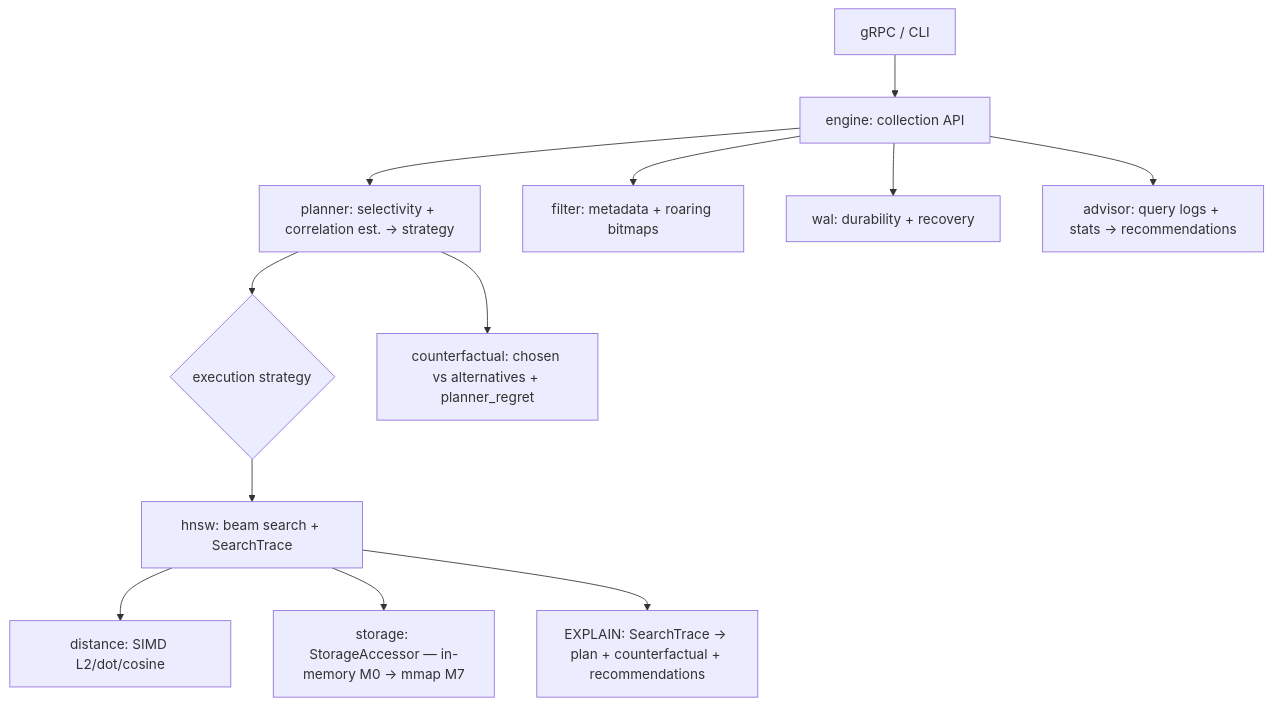
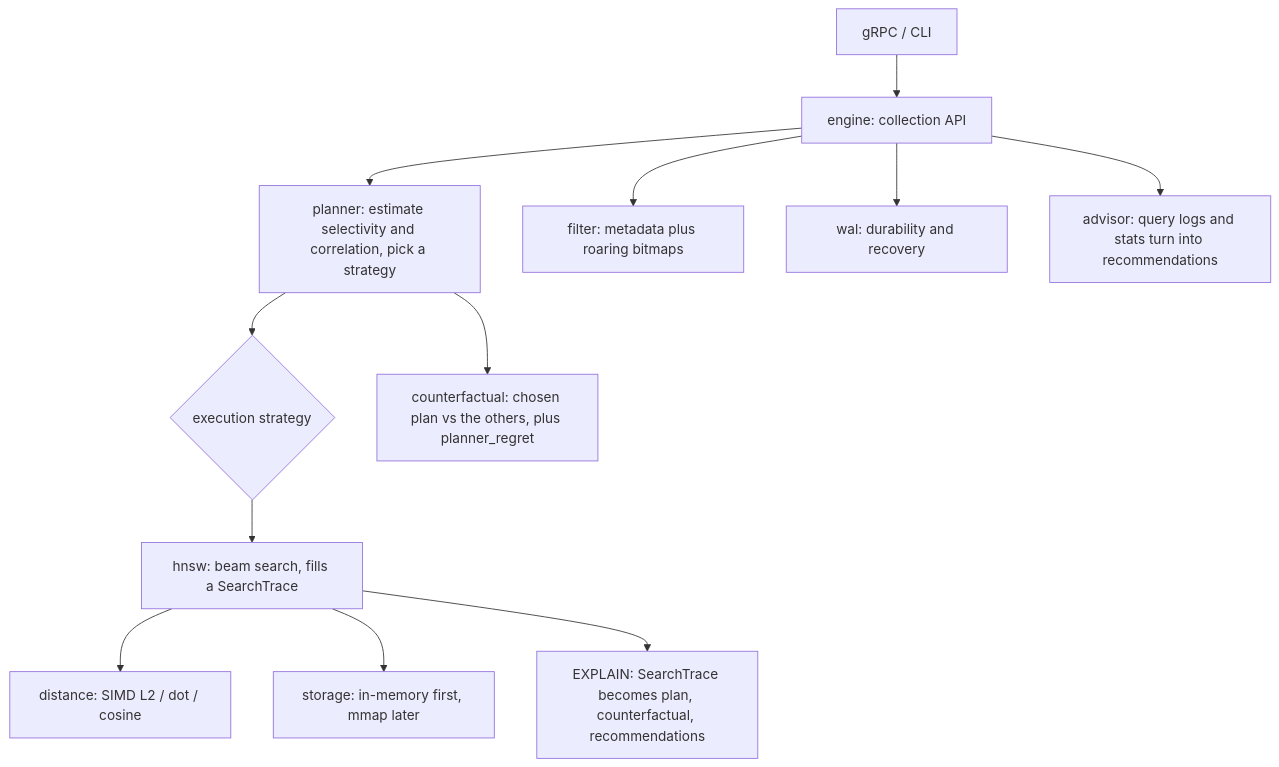
One commit to vanshamara/Loupe changed the diagram in README.md. Above: the diagram before and after it, drawn with Mermaid. The commit also changed other lines of this file, not shown here.

````diff
--- a/README.md
+++ b/README.md
@@ -50,14 +52,14 @@
 ```mermaid
 flowchart TD
     C[gRPC / CLI] --> E[engine: collection API]
-    E --> P[planner: selectivity + correlation est. → strategy]
+    E --> P[planner: estimate selectivity and correlation, pick a strategy]
     P --> S{execution strategy}
-    P --> CF[counterfactual: chosen vs alternatives + planner_regret]
-    S --> H[hnsw: beam search + SearchTrace]
-    E --> F[filter: metadata + roaring bitmaps]
-    H --> D[distance: SIMD L2/dot/cosine]
-    H --> ST[storage: StorageAccessor — in-memory M0 → mmap M7]
-    E --> W[wal: durability + recovery]
-    E --> A[advisor: query logs + stats → recommendations]
-    H --> X[EXPLAIN: SearchTrace → plan + counterfactual + recommendations]
+    P --> CF[counterfactual: chosen plan vs the others, plus planner_regret]
+    S --> H[hnsw: beam search, fills a SearchTrace]
+    E --> F[filter: metadata plus roaring bitmaps]
+    H --> D[distance: SIMD L2 / dot / cosine]
+    H --> ST[storage: in-memory first, mmap later]
+    E --> W[wal: durability and recovery]
+    E --> A[advisor: query logs and stats turn into recommendations]
+    H --> X[EXPLAIN: SearchTrace becomes plan, counterfactual, recommendations]
 ```
````
